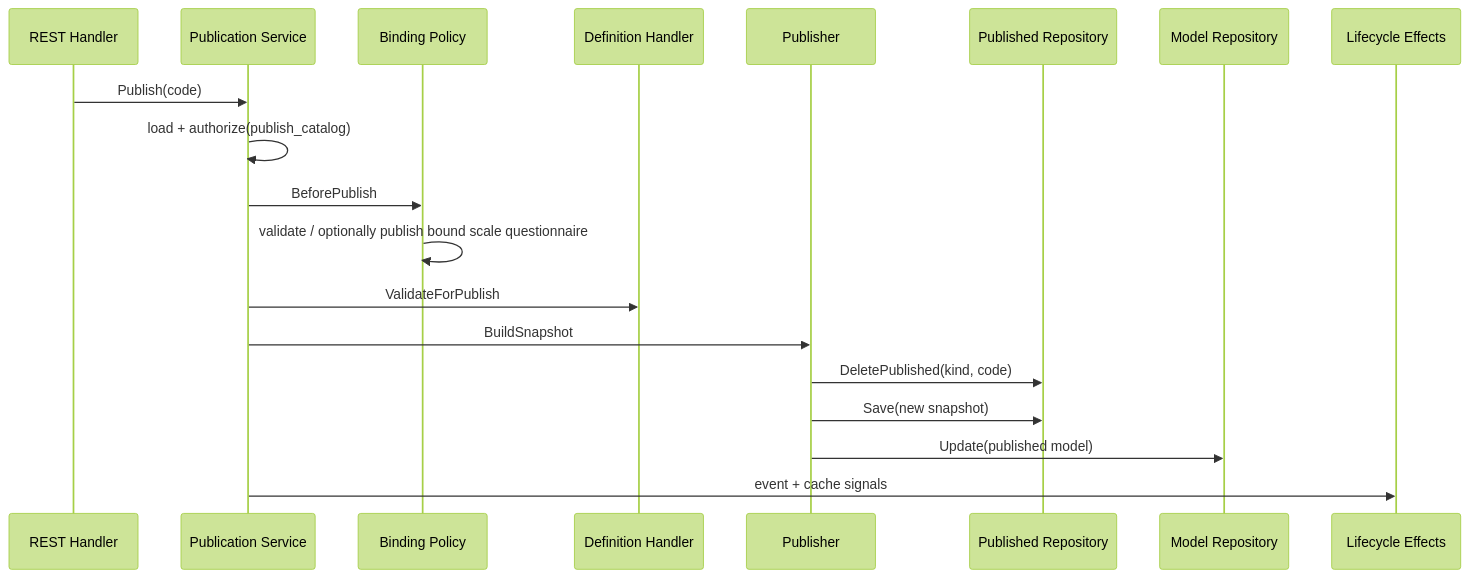
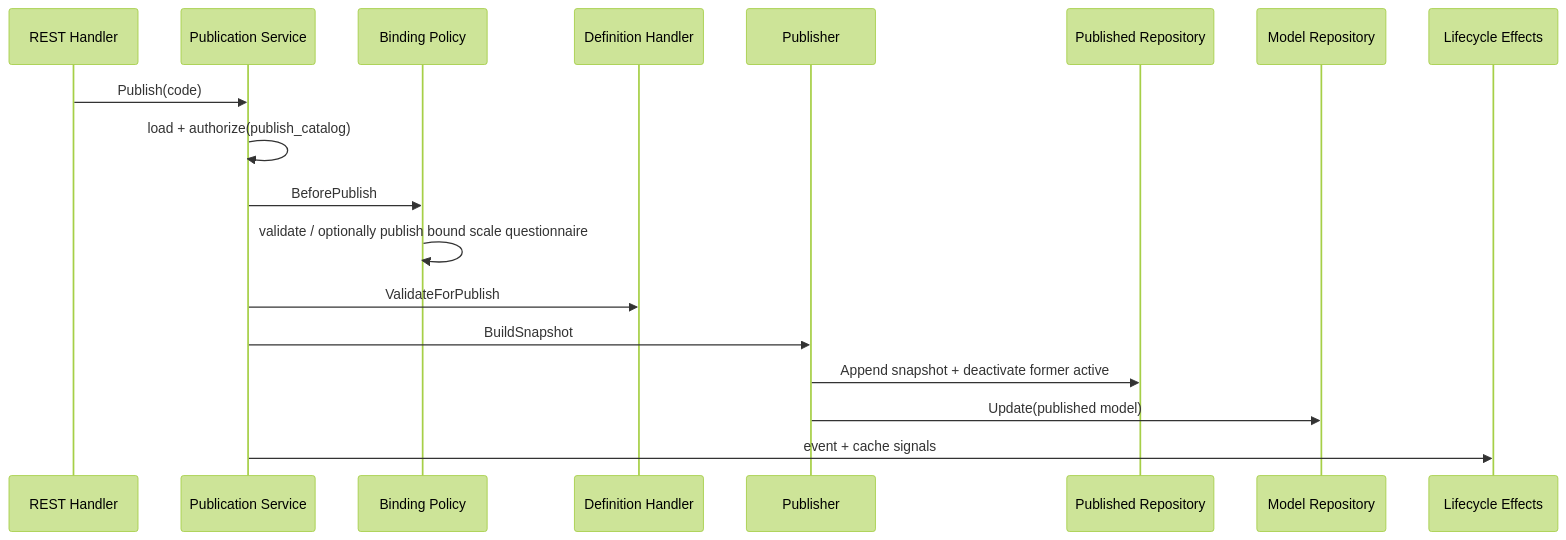
Before and after one commit to FangcunMount/qs-server: the third of 3 diagrams in docs/02-业务模块/20-model-catalog/30-关键链路-模型创建编辑与发布.md, drawn with Mermaid (forest theme). The commit also changed other lines of this file and 48 other files, not shown here.

````diff
--- a/docs/02-业务模块/20-model-catalog/30-关键链路-模型创建编辑与发布.md
+++ b/docs/02-业务模块/20-model-catalog/30-关键链路-模型创建编辑与发布.md
@@ -126,22 +126,21 @@
 ```mermaid
 sequenceDiagram
     participant H as REST Handler
     participant S as Publication Service
     participant B as Binding Policy
     participant G as Definition Handler
     participant P as Publisher
     participant PR as Published Repository
     participant MR as Model Repository
     participant E as Lifecycle Effects
 
     H->>S: Publish(code)
     S->>S: load + authorize(publish_catalog)
     S->>B: BeforePublish
     B->>B: validate / optionally publish bound scale questionnaire
     S->>G: ValidateForPublish
     S->>P: BuildSnapshot
-    P->>PR: DeletePublished(kind, code)
-    P->>PR: Save(new snapshot)
+    P->>PR: Append snapshot + deactivate former active
     P->>MR: Update(published model)
     S->>E: event + cache signals
 ```
````
